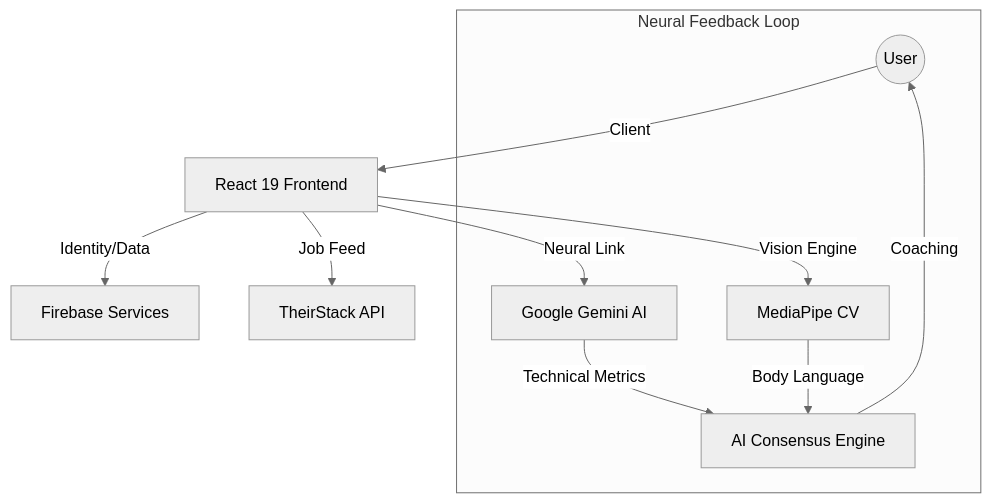
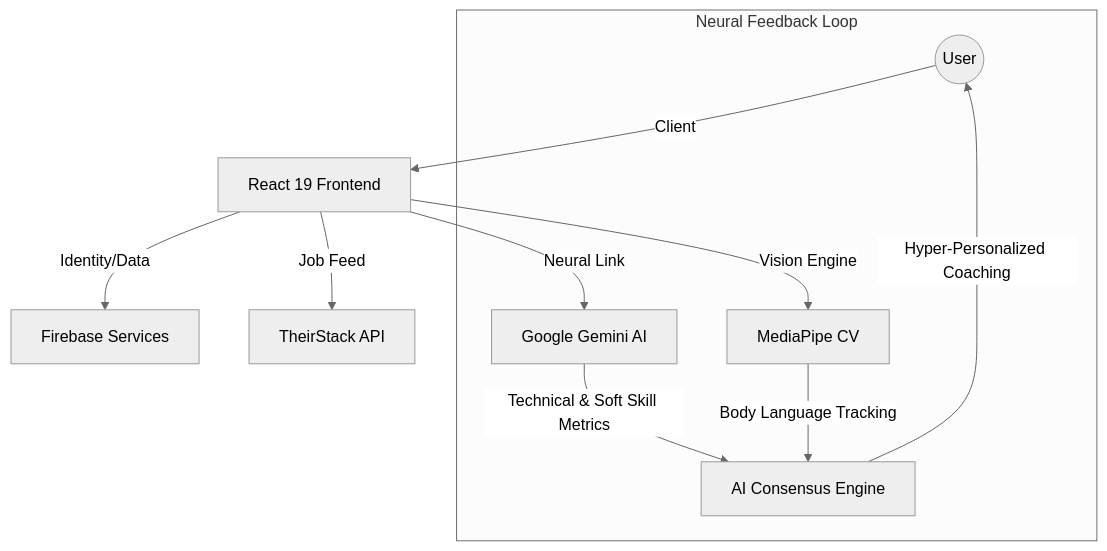
Before and after one commit to darknecrocities/HireME: the diagram in README.md, drawn with Mermaid (neutral theme). The commit also changed other lines of this file, not shown here.

````diff
--- a/README.md
+++ b/README.md
@@ -20,14 +20,14 @@
 ```mermaid
 graph TD
     User((User)) --> |Client| React[React 19 Frontend]
     React --> |Neural Link| Gemini[Google Gemini AI]
     React --> |Vision Engine| MediaPipe[MediaPipe CV]
     React --> |Identity/Data| Firebase[Firebase Services]
     React --> |Job Feed| TheirStack[TheirStack API]
     
     subgraph "Neural Feedback Loop"
-        MediaPipe --> |Body Language| Analysis[AI Consensus Engine]
-        Gemini --> |Technical Metrics| Analysis
-        Analysis --> |Coaching| User
+        MediaPipe --> |Body Language Tracking| Analysis[AI Consensus Engine]
+        Gemini --> |Technical & Soft Skill Metrics| Analysis
+        Analysis --> |Hyper-Personalized Coaching| User
     end
 ```
````
